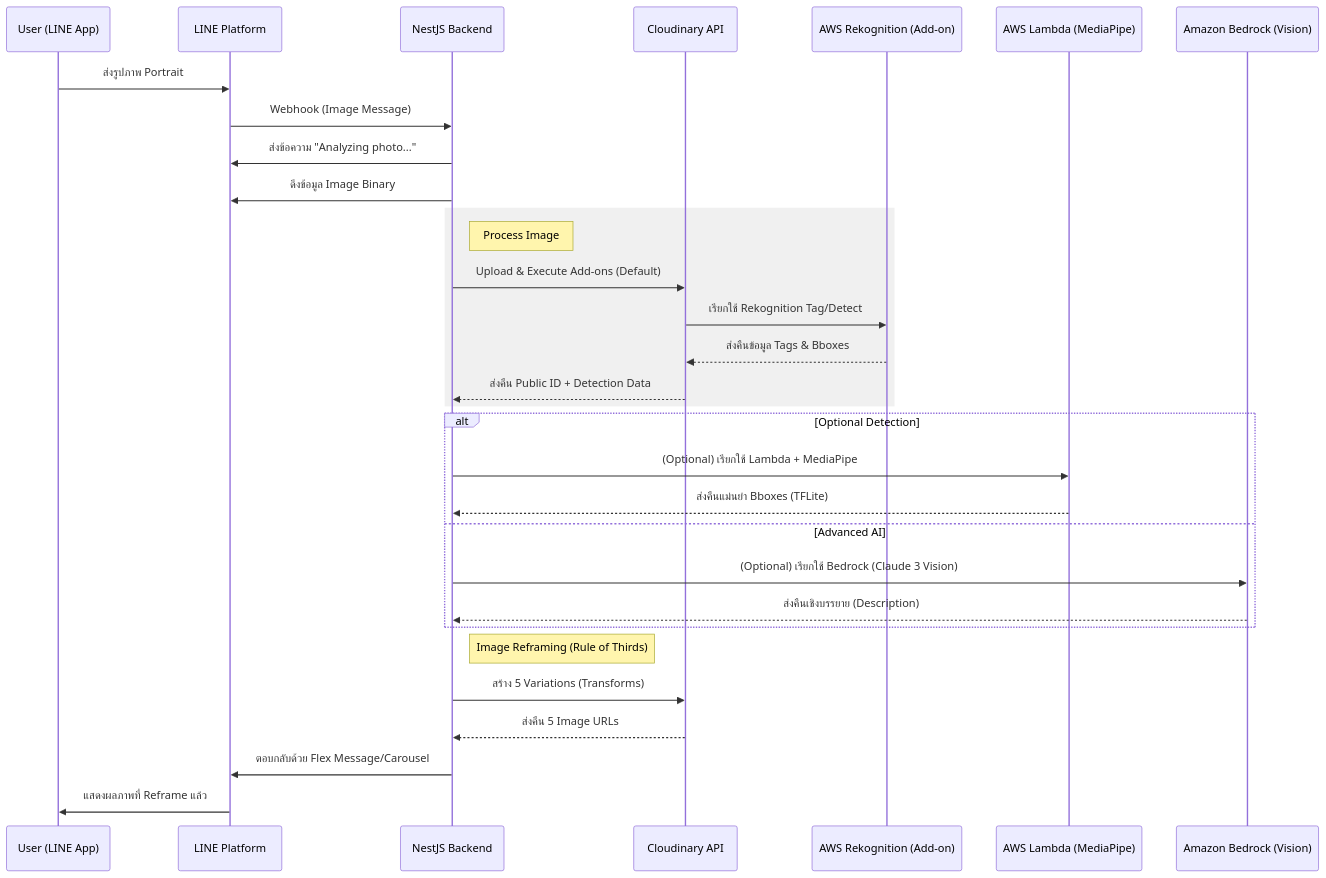
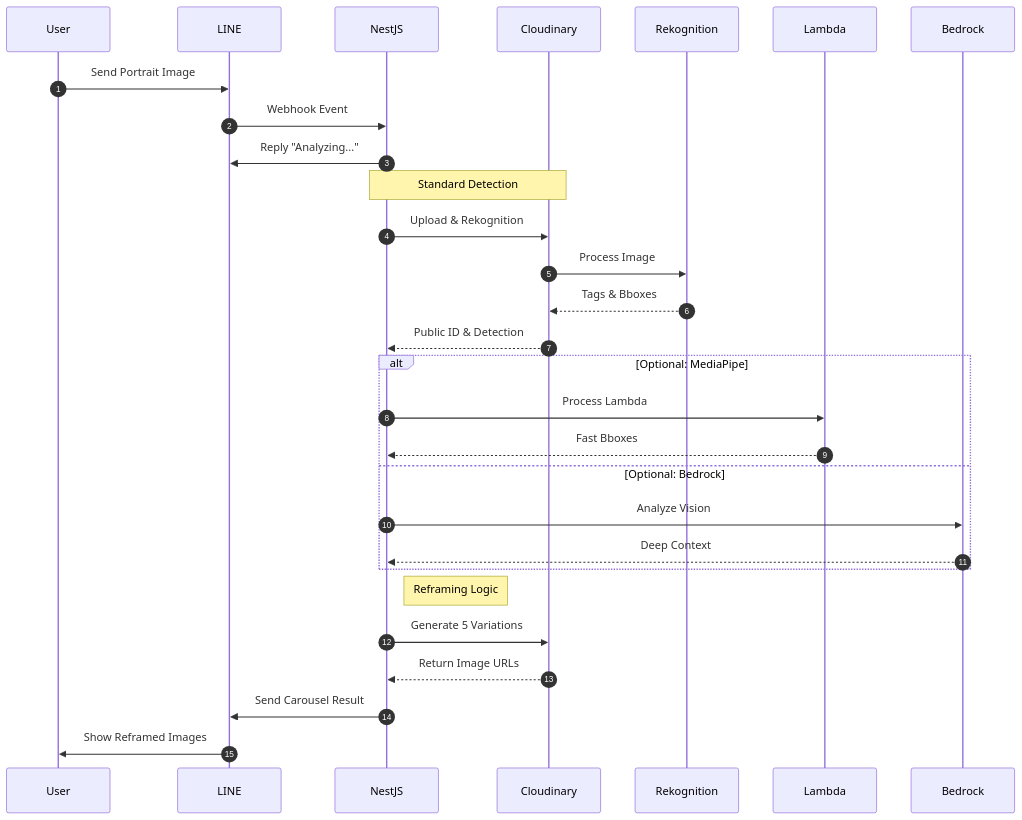
Before and after one commit to virachai/reframe-chatbot: the diagram in docs/project_flow.md, drawn with Mermaid. The commit also changed 11 other files, not shown here.

````diff
--- a/docs/project_flow.md
+++ b/docs/project_flow.md
@@ -7,39 +7,37 @@
 ```mermaid
 sequenceDiagram
-    participant U as User (LINE App)
-    participant L as LINE Platform
-    participant N as NestJS Backend
-    participant C as Cloudinary API
-    participant R as AWS Rekognition (Add-on)
-    participant W as AWS Lambda (MediaPipe)
-    participant B as Amazon Bedrock (Vision)
+    autonumber
+    participant U as User
+    participant L as LINE
+    participant N as NestJS
+    participant C as Cloudinary
+    participant R as Rekognition
+    participant W as Lambda
+    participant B as Bedrock
 
-    U->>L: ส่งรูปภาพ Portrait
-    L->>N: Webhook (Image Message)
+    U->>L: Send Portrait Image
+    L->>N: Webhook Event
     
-    N->>L: ส่งข้อความ "Analyzing photo..."
-    N->>L: ดึงข้อมูล Image Binary
+    N->>L: Reply "Analyzing..."
     
-    rect rgb(240, 240, 240)
-        Note right of N: Process Image
-        N->>C: Upload & Execute Add-ons (Default)
-        C->>R: เรียกใช้ Rekognition Tag/Detect
-        R-->>C: ส่งคืนข้อมูล Tags & Bboxes
-        C-->>N: ส่งคืน Public ID + Detection Data
+    Note over N,C: Standard Detection
+    N->>C: Upload & Rekognition
+    C->>R: Process Image
+    R-->>C: Tags & Bboxes
+    C-->>N: Public ID & Detection
+
+    alt Optional: MediaPipe
+        N->>W: Process Lambda
+        W-->>N: Fast Bboxes
+    else Optional: Bedrock
+        N->>B: Analyze Vision
+        B-->>N: Deep Context
     end
 
-    alt Optional Detection
-        N->>W: (Optional) เรียกใช้ Lambda + MediaPipe
-        W-->>N: ส่งคืนแม่นยำ Bboxes (TFLite)
-    else Advanced AI
-        N->>B: (Optional) เรียกใช้ Bedrock (Claude 3 Vision)
-        B-->>N: ส่งคืนเชิงบรรยาย (Description)
-    end
+    Note right of N: Reframing Logic
+    N->>C: Generate 5 Variations
+    C-->>N: Return Image URLs
 
-    Note right of N: Image Reframing (Rule of Thirds)
-    N->>C: สร้าง 5 Variations (Transforms)
-    C-->>N: ส่งคืน 5 Image URLs
-
-    N->>L: ตอบกลับด้วย Flex Message/Carousel
-    L->>U: แสดงผลภาพที่ Reframe แล้ว
+    N->>L: Send Carousel Result
+    L->>U: Show Reframed Images
 ```
````
